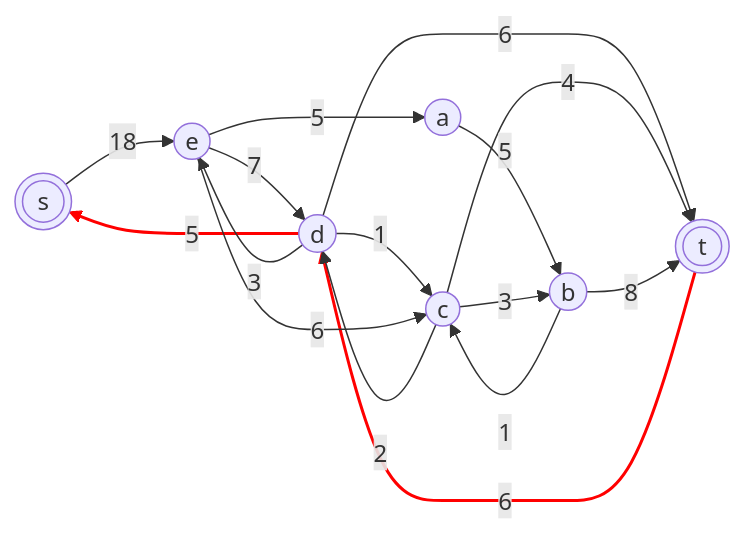
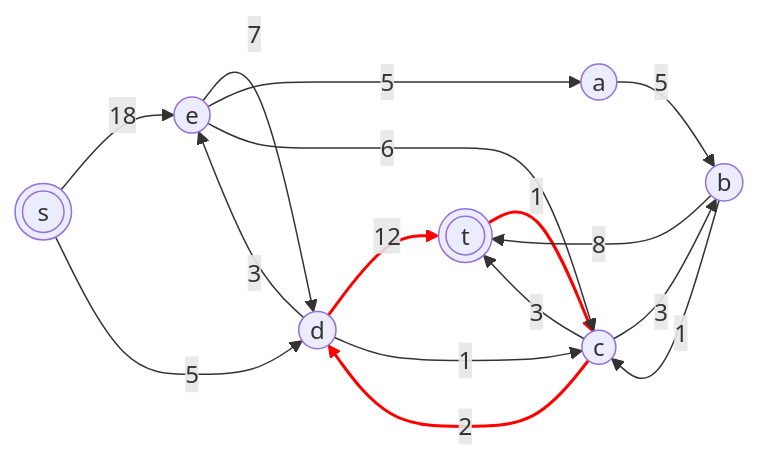
Before and after one commit to hse-algo-psapr-25/manual-tasks: diagram 11 of 14 in Задание 17/Rehash.md, drawn with Mermaid. The commit also changed other lines of this file, not shown here.

````diff
--- a/Задание 17/Rehash.md
+++ b/Задание 17/Rehash.md
@@ -183,27 +314,29 @@
 ```mermaid
 graph LR
     s(((s)))
     a((a))
     b((b))
     c((c))
     d((d))
     e((e))
     t(((t)))
 
-    t -->|6| d
-    d -->|5| s
-    d -->|6| t
+    e -->|7| d
     d -->|3| e
+    d -->|12| t
+    t -->|1| c
     c -->|2| d
+
+    s -->|18| e
+    s -->|5| d
+    e -->|5| a
+    e -->|6| c
+    a -->|5| b
+    c -->|3| b
+    b -->|1| c
     d -->|1| c
-    e -->|7| d
-    e -->|6| c
-    c -->|4| t
-    s -->|18| e
-    e -->|5| a
-    a -->|5| b
-    b -->|1| c
-    c -->|3| b
     b -->|8| t
-    linkStyle 0,1 stroke:red,stroke-width:2px
+    c -->|3| t
+
+    linkStyle 2,3,4 stroke:red,stroke-width:2px
 ```
````
